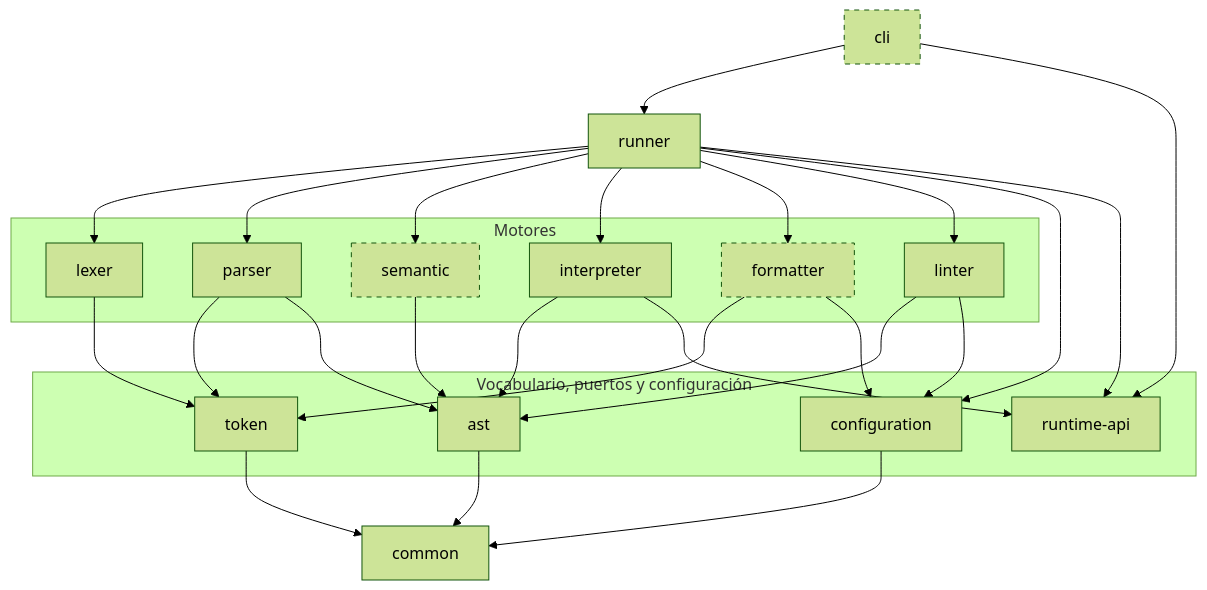
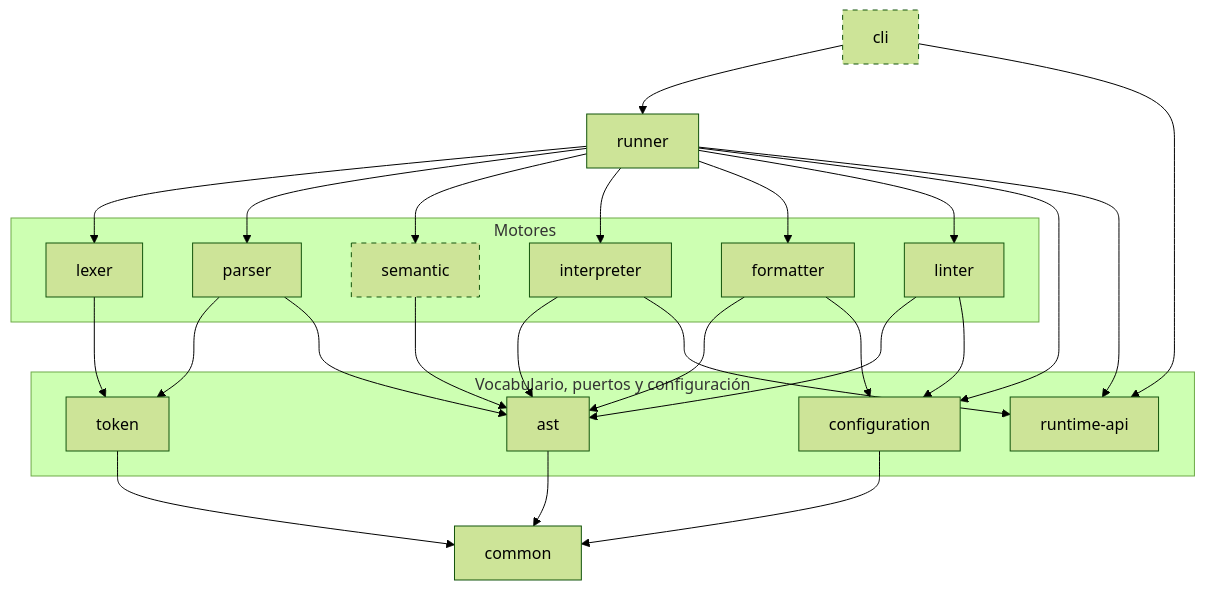
The second of 3 diagrams in docs/arquitectura.md (MartinaCousido/PrintScript), drawn with Mermaid (forest theme) before and after one commit. The commit also changed other lines of this file and 20 other files, not shown here.

First line of the commit message:
Agregar el módulo formatter sobre el AST con su fachada en el runner

````diff
--- a/docs/arquitectura.md
+++ b/docs/arquitectura.md
@@ -67,52 +72,52 @@
 ```mermaid
 flowchart TD
     cli["cli"]:::previsto
     runner["runner"]
 
     subgraph motores["Motores"]
         lexer["lexer"]
         parser["parser"]
         semantic["semantic"]:::previsto
         interpreter["interpreter"]
-        formatter["formatter"]:::previsto
+        formatter["formatter"]
         linter["linter"]
     end
 
     subgraph vocabulario["Vocabulario, puertos y configuración"]
         token["token"]
         ast["ast"]
         runtimeapi["runtime-api"]
         config["configuration"]
     end
 
     common["common"]
 
     cli --> runner
     cli --> runtimeapi
 
     runner --> lexer
     runner --> parser
     runner --> semantic
     runner --> interpreter
     runner --> formatter
     runner --> linter
     runner --> config
     runner --> runtimeapi
 
     lexer --> token
     parser --> token
     parser --> ast
     semantic --> ast
     interpreter --> ast
     interpreter --> runtimeapi
-    formatter --> token
+    formatter --> ast
     formatter --> config
     linter --> ast
     linter --> config
 
     token --> common
     ast --> common
     config --> common
 
     classDef previsto stroke-dasharray: 5 5
 ```
````
